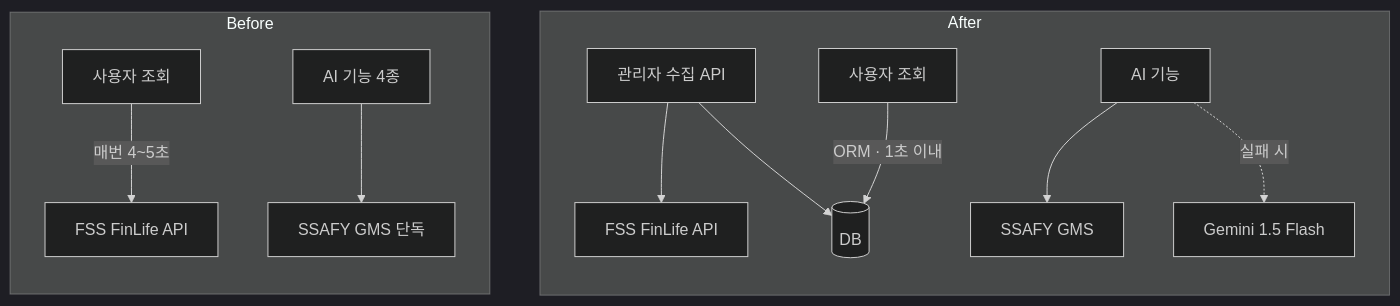
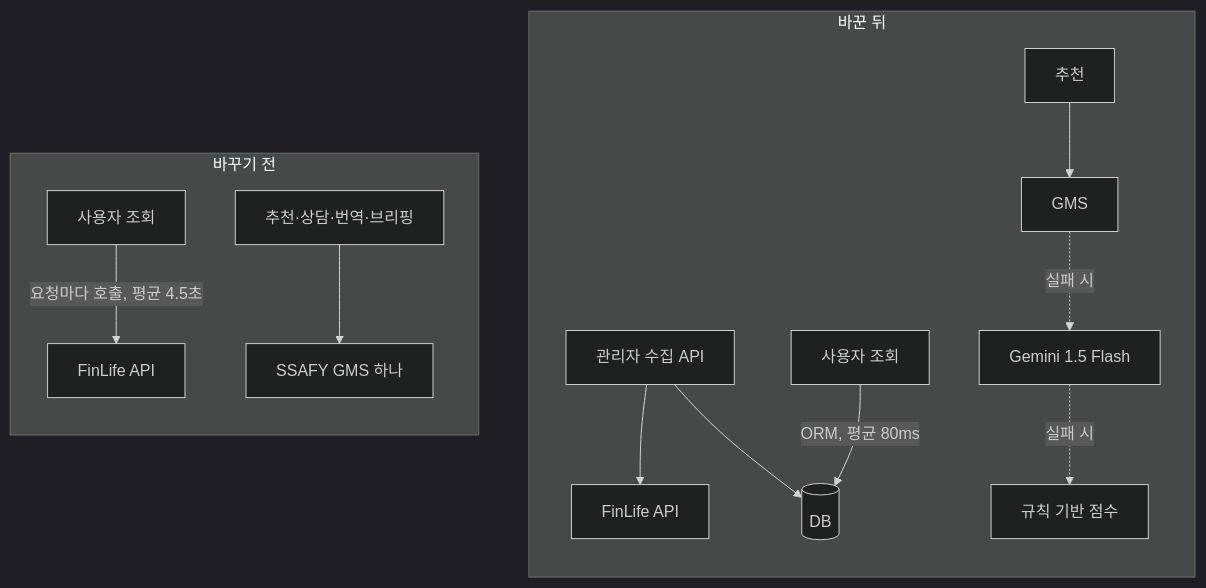
The first of 2 diagrams in README.md (luster-woo/luster-woo), drawn with Mermaid (dark theme) before and after one commit. The commit also changed other lines of this file, not shown here.

````diff
--- a/README.md
+++ b/README.md
@@ -62,17 +54,18 @@
 ```mermaid
 flowchart LR
-    subgraph Before
+    subgraph Before["바꾸기 전"]
         direction TB
-        U1["사용자 조회"] -->|"매번 4~5초"| F1["FSS FinLife API"]
-        U2["AI 기능 4종"] --> G0["SSAFY GMS 단독"]
+        U1["사용자 조회"] -->|"요청마다 호출, 평균 4.5초"| F1["FinLife API"]
+        U2["추천·상담·번역·브리핑"] --> G0["SSAFY GMS 하나"]
     end
-    subgraph After
+    subgraph After["바꾼 뒤"]
         direction TB
-        A["관리자 수집 API"] --> F2["FSS FinLife API"]
+        A["관리자 수집 API"] --> F2["FinLife API"]
         A --> DB[("DB")]
-        U3["사용자 조회"] -->|"ORM · 1초 이내"| DB
-        U4["AI 기능"] --> G1["SSAFY GMS"]
-        U4 -.->|"실패 시"| G2["Gemini 1.5 Flash"]
+        U3["사용자 조회"] -->|"ORM, 평균 80ms"| DB
+        U4["추천"] --> G1["GMS"]
+        G1 -.->|"실패 시"| G2["Gemini 1.5 Flash"]
+        G2 -.->|"실패 시"| R["규칙 기반 점수"]
     end
     Before ~~~ After
 ```
````
